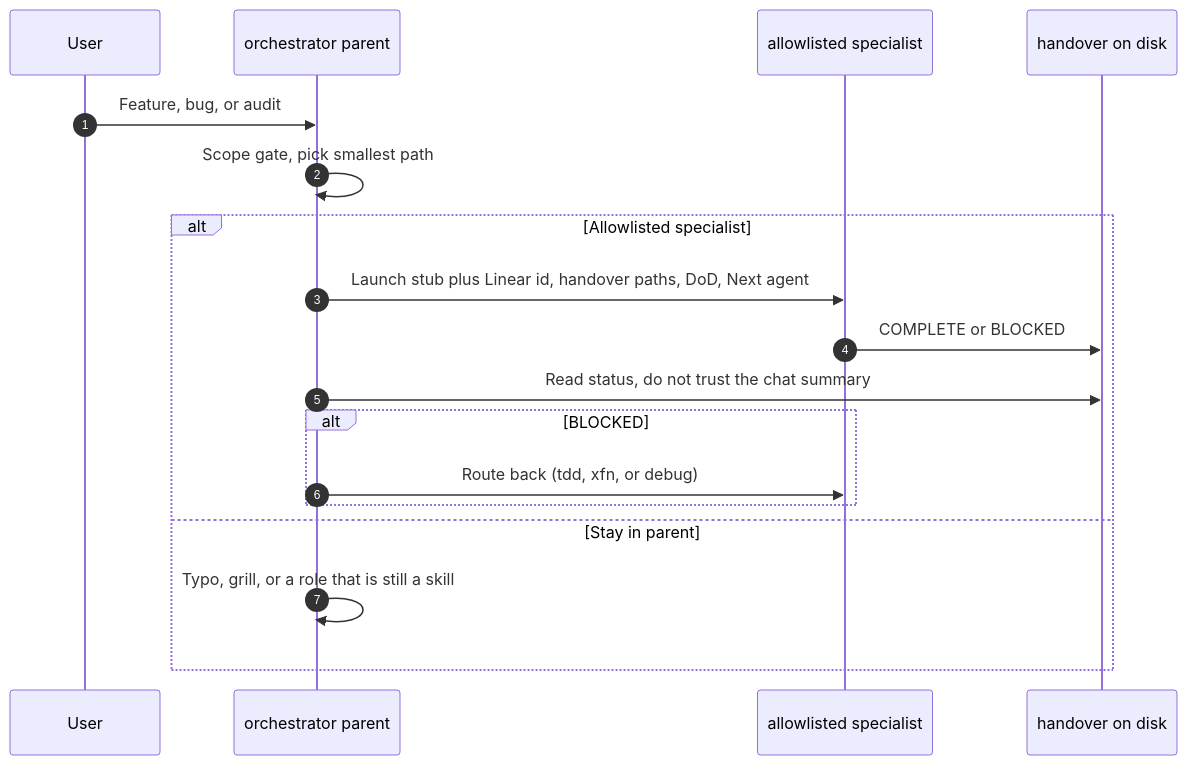
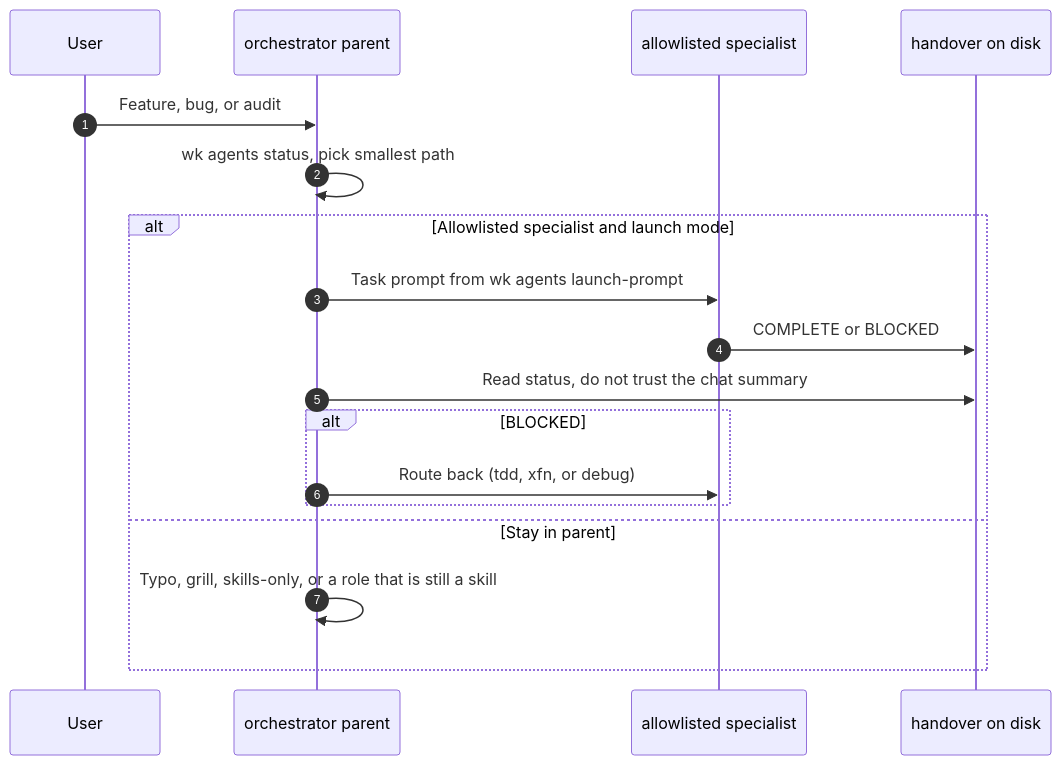
The diagram in SOPs/subagent-launch.md (mzworthington/agent-lifecycle-kit), drawn with Mermaid before and after one commit. The commit also changed other lines of this file and 43 other files, not shown here.

Commit message:
feat(subagents): status, launch-prompt, and honest eval adapter

````diff
--- a/SOPs/subagent-launch.md
+++ b/SOPs/subagent-launch.md
@@ -7,21 +7,21 @@
 ```mermaid
 sequenceDiagram
   autonumber
   participant User
   participant Parent as orchestrator parent
   participant Child as allowlisted specialist
   participant Disk as handover on disk
 
   User->>Parent: Feature, bug, or audit
-  Parent->>Parent: Scope gate, pick smallest path
-  alt Allowlisted specialist
-    Parent->>Child: Launch stub plus Linear id, handover paths, DoD, Next agent
+  Parent->>Parent: wk agents status, pick smallest path
+  alt Allowlisted specialist and launch mode
+    Parent->>Child: Task prompt from wk agents launch-prompt
     Child->>Disk: COMPLETE or BLOCKED
     Parent->>Disk: Read status, do not trust the chat summary
     alt BLOCKED
       Parent->>Child: Route back (tdd, xfn, or debug)
     end
   else Stay in parent
-    Parent->>Parent: Typo, grill, or a role that is still a skill
+    Parent->>Parent: Typo, grill, skills-only, or a role that is still a skill
   end
 ```
````
